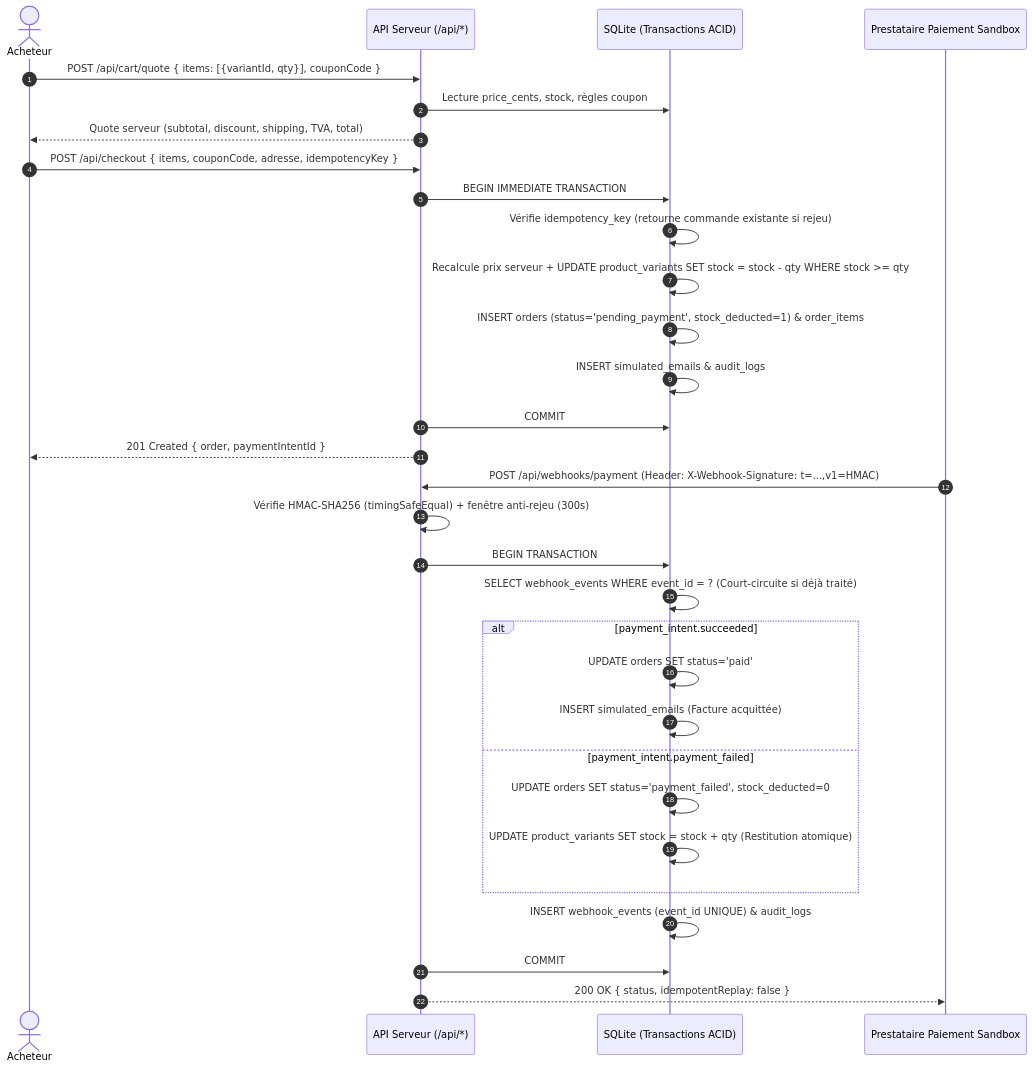
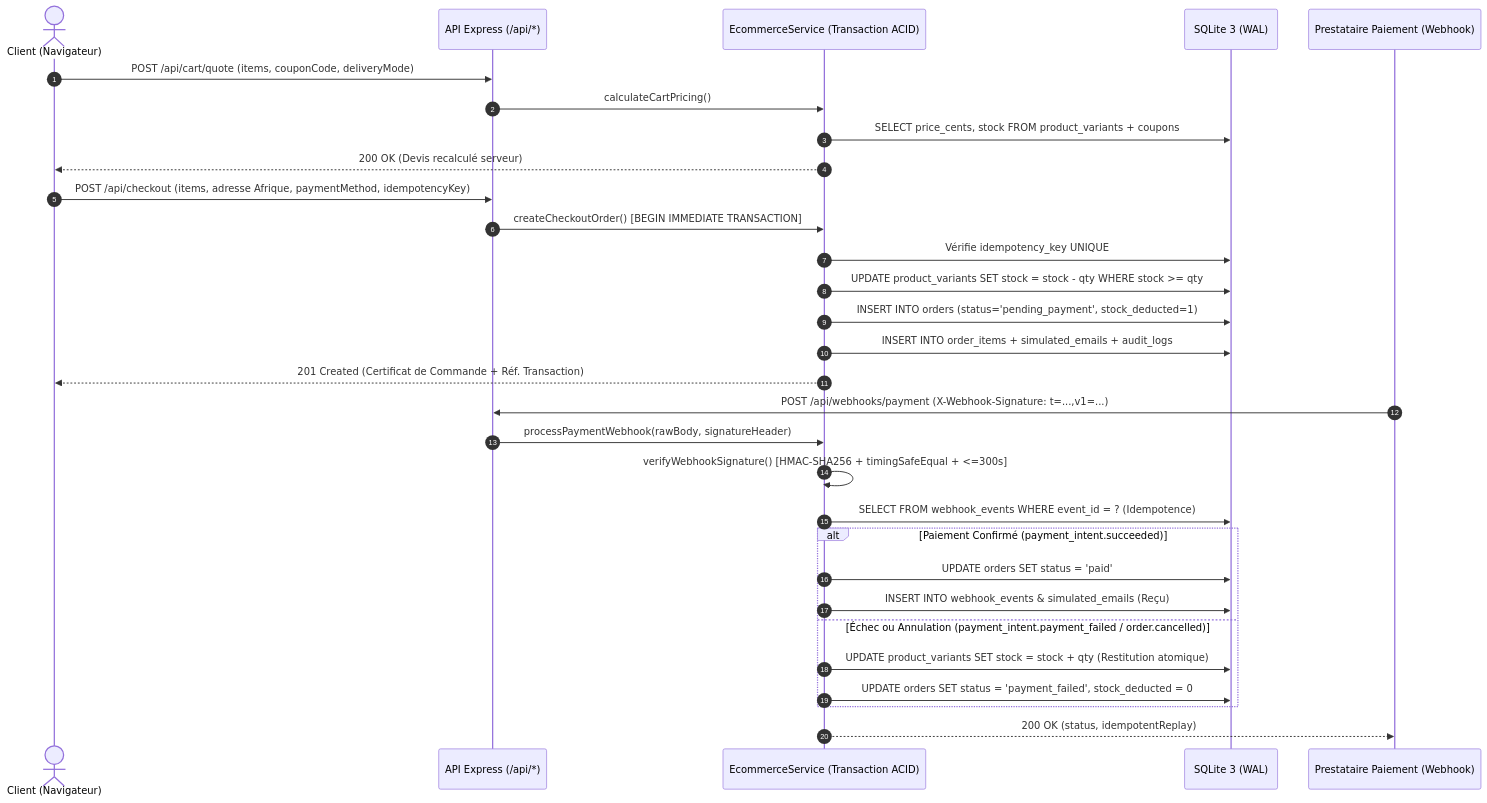
One commit to temgouatsafackmendel-png/Maison-V-ra- changed the second of 2 diagrams in architecture.md. Above: the diagram before and after it, drawn with Mermaid. The commit also changed other lines of this file and 16 other files, not shown here.

````diff
--- a/architecture.md
+++ b/architecture.md
@@ -68,36 +60,35 @@
 ```mermaid
 sequenceDiagram
   autonumber
-  actor Acheteur
-  participant API as API Serveur (/api/*)
-  participant DB as SQLite (Transactions ACID)
-  participant Gateway as Prestataire Paiement Sandbox
+  actor Client as Client (Navigateur)
+  participant API as API Express (/api/*)
+  participant Domain as EcommerceService (Transaction ACID)
+  participant DB as SQLite 3 (WAL)
+  participant Gateway as Prestataire Paiement (Webhook)
 
-  Acheteur->>API: POST /api/cart/quote { items: [{variantId, qty}], couponCode }
-  API->>DB: Lecture price_cents, stock, règles coupon
-  API-->>Acheteur: Quote serveur (subtotal, discount, shipping, TVA, total)
+  Client->>API: POST /api/cart/quote (items, couponCode, deliveryMode)
+  API->>Domain: calculateCartPricing()
+  Domain->>DB: SELECT price_cents, stock FROM product_variants + coupons
+  Domain-->>Client: 200 OK (Devis recalculé serveur)
 
-  Acheteur->>API: POST /api/checkout { items, couponCode, adresse, idempotencyKey }
-  API->>DB: BEGIN IMMEDIATE TRANSACTION
-  DB->>DB: Vérifie idempotency_key (retourne commande existante si rejeu)
-  DB->>DB: Recalcule prix serveur + UPDATE product_variants SET stock = stock - qty WHERE stock >= qty
-  DB->>DB: INSERT orders (status='pending_payment', stock_deducted=1) & order_items
-  DB->>DB: INSERT simulated_emails & audit_logs
-  API->>DB: COMMIT
-  API-->>Acheteur: 201 Created { order, paymentIntentId }
+  Client->>API: POST /api/checkout (items, adresse Afrique, paymentMethod, idempotencyKey)
+  API->>Domain: createCheckoutOrder() [BEGIN IMMEDIATE TRANSACTION]
+  Domain->>DB: Vérifie idempotency_key UNIQUE
+  Domain->>DB: UPDATE product_variants SET stock = stock - qty WHERE stock >= qty
+  Domain->>DB: INSERT INTO orders (status='pending_payment', stock_deducted=1)
+  Domain->>DB: INSERT INTO order_items + simulated_emails + audit_logs
+  Domain-->>Client: 201 Created (Certificat de Commande + Réf. Transaction)
 
-  Gateway->>API: POST /api/webhooks/payment (Header: X-Webhook-Signature: t=...,v1=HMAC)
-  API->>API: Vérifie HMAC-SHA256 (timingSafeEqual) + fenêtre anti-rejeu (300s)
-  API->>DB: BEGIN TRANSACTION
-  DB->>DB: SELECT webhook_events WHERE event_id = ? (Court-circuite si déjà traité)
-  alt payment_intent.succeeded
-    DB->>DB: UPDATE orders SET status='paid'
-    DB->>DB: INSERT simulated_emails (Facture acquittée)
-  else payment_intent.payment_failed
-    DB->>DB: UPDATE orders SET status='payment_failed', stock_deducted=0
-    DB->>DB: UPDATE product_variants SET stock = stock + qty (Restitution atomique)
+  Gateway->>API: POST /api/webhooks/payment (X-Webhook-Signature: t=...,v1=...)
+  API->>Domain: processPaymentWebhook(rawBody, signatureHeader)
+  Domain->>Domain: verifyWebhookSignature() [HMAC-SHA256 + timingSafeEqual + <=300s]
+  Domain->>DB: SELECT FROM webhook_events WHERE event_id = ? (Idempotence)
+  alt Paiement Confirmé (payment_intent.succeeded)
+    Domain->>DB: UPDATE orders SET status = 'paid'
+    Domain->>DB: INSERT INTO webhook_events & simulated_emails (Reçu)
+  else Échec ou Annulation (payment_intent.payment_failed / order.cancelled)
+    Domain->>DB: UPDATE product_variants SET stock = stock + qty (Restitution atomique)
+    Domain->>DB: UPDATE orders SET status = 'payment_failed', stock_deducted = 0
   end
-  DB->>DB: INSERT webhook_events (event_id UNIQUE) & audit_logs
-  API->>DB: COMMIT
-  API-->>Gateway: 200 OK { status, idempotentReplay: false }
+  Domain-->>Gateway: 200 OK (status, idempotentReplay)
 ```
````
